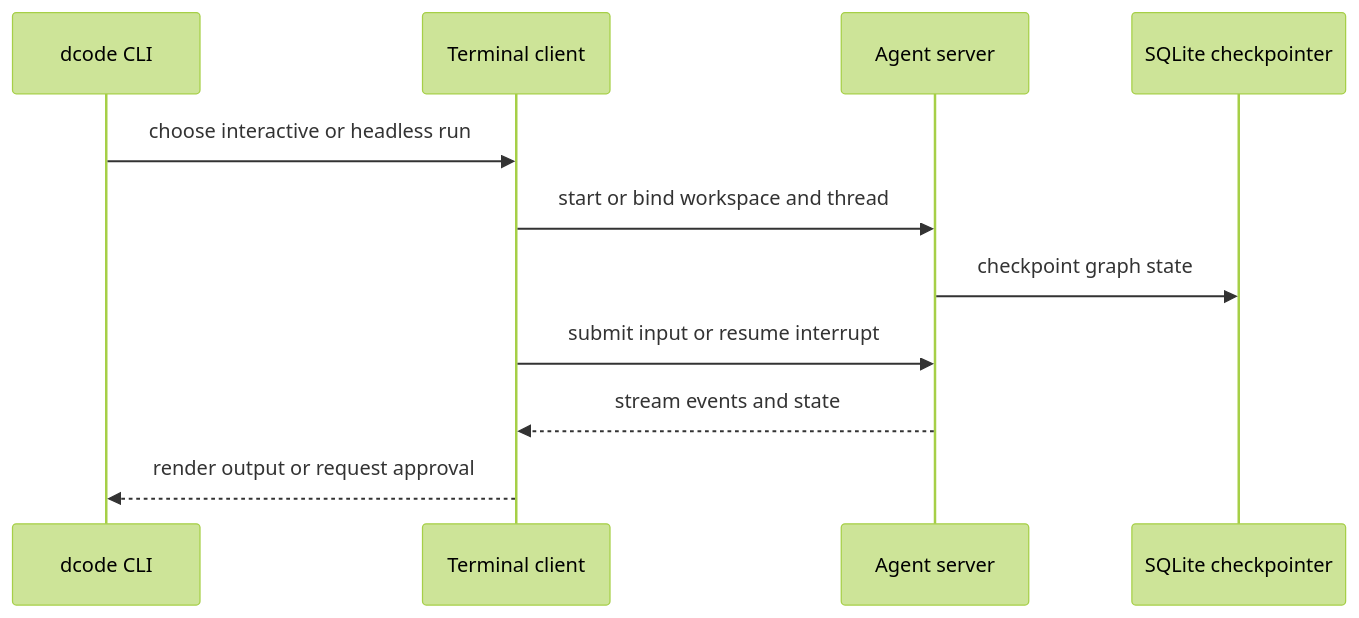
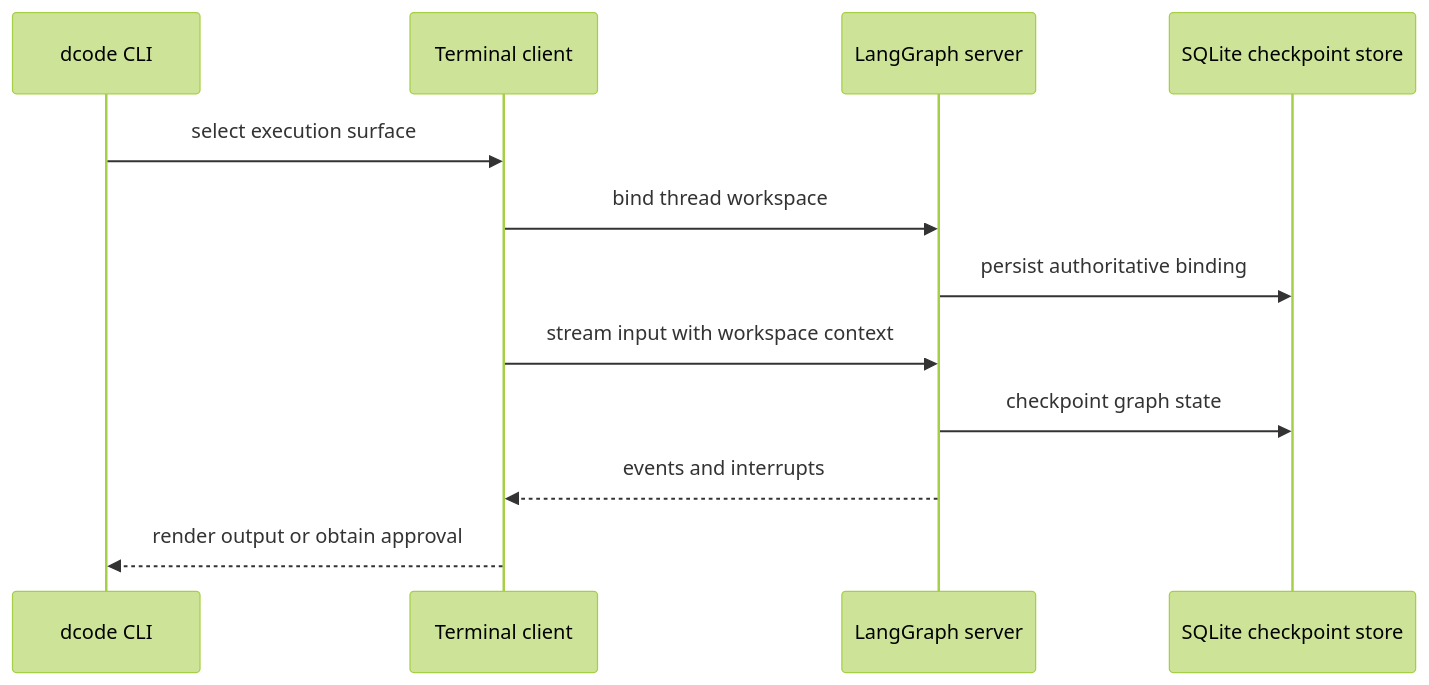
Before and after one commit to langchain-ai/deepagents: the first of 2 diagrams in openwiki/architecture/code-agent.md, drawn with Mermaid (forest theme). The commit also changed other lines of this file and 69 other files, not shown here.

````diff
--- a/openwiki/architecture/code-agent.md
+++ b/openwiki/architecture/code-agent.md
@@ -51,13 +45,14 @@
 ```mermaid
 sequenceDiagram
     participant CLI as dcode CLI
     participant Client as Terminal client
-    participant Server as Agent server
-    participant Store as SQLite checkpointer
-    CLI->>Client: choose interactive or headless run
-    Client->>Server: start or bind workspace and thread
+    participant Server as LangGraph server
+    participant Store as SQLite checkpoint store
+    CLI->>Client: select execution surface
+    Client->>Server: bind thread workspace
+    Server->>Store: persist authoritative binding
+    Client->>Server: stream input with workspace context
     Server->>Store: checkpoint graph state
-    Client->>Server: submit input or resume interrupt
-    Server-->>Client: stream events and state
-    Client-->>CLI: render output or request approval
+    Server-->>Client: events and interrupts
+    Client-->>CLI: render output or obtain approval
 ```
````
